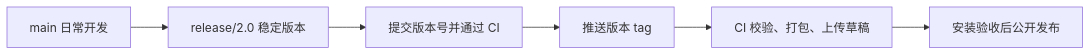
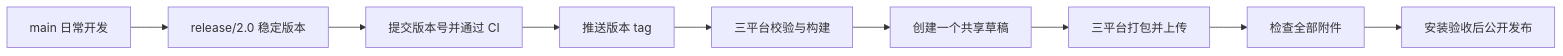
The diagram in docs/release-guide.md (experdot/pointer), drawn with Mermaid before and after one commit. The commit also changed other lines of this file and 11 other files, not shown here.

````diff
--- a/docs/release-guide.md
+++ b/docs/release-guide.md
@@ -18,8 +18,11 @@
 ```mermaid
 flowchart LR
     A[main 日常开发] --> B[release/2.0 稳定版本]
     B --> C[提交版本号并通过 CI]
     C --> D[推送版本 tag]
-    D --> E[CI 校验、打包、上传草稿]
-    E --> F[安装验收后公开发布]
+    D --> E[三平台校验与构建]
+    E --> F[创建一个共享草稿]
+    F --> G[三平台打包并上传]
+    G --> H[检查全部附件]
+    H --> I[安装验收后公开发布]
 ```
````
